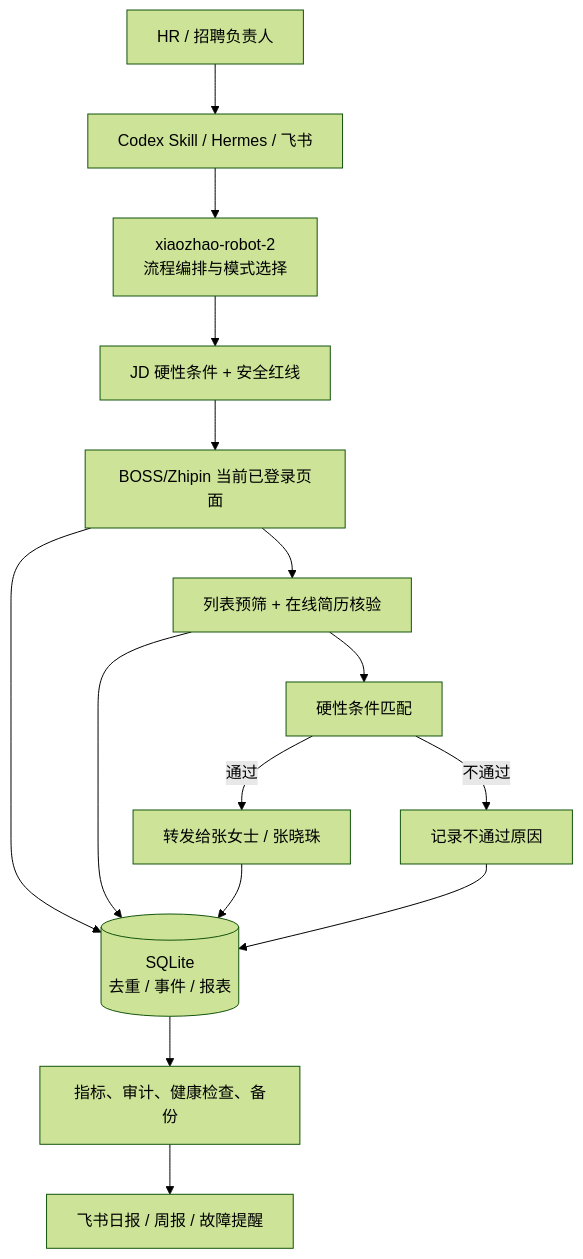
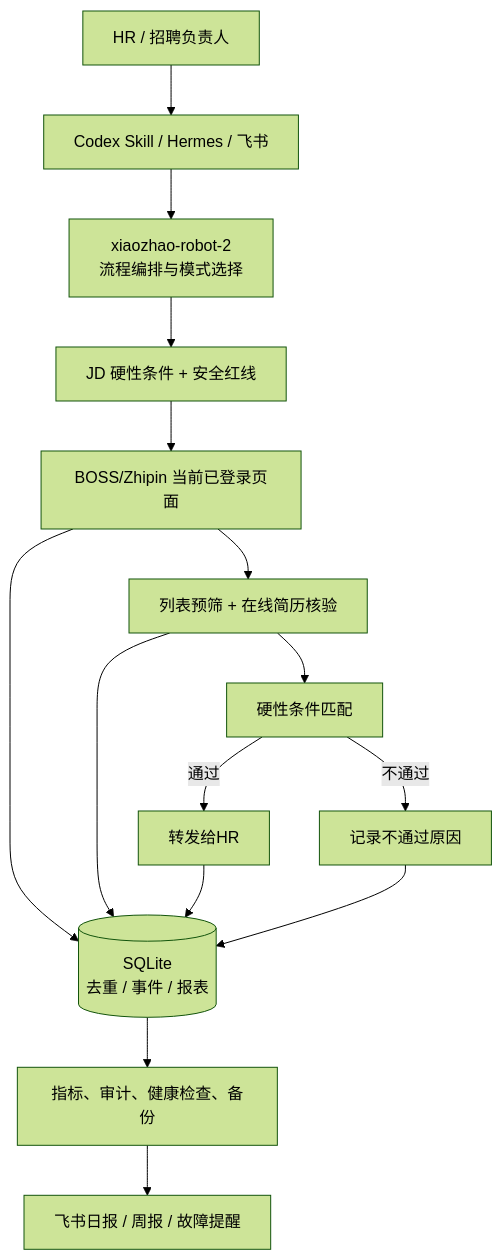
The first of 2 diagrams in README.md (lbql-yhl/zhineng-zhaopin-jiqiren), drawn with Mermaid (forest theme) before and after one commit. The commit also changed other lines of this file and 18 other files, not shown here.

````diff
--- a/README.md
+++ b/README.md
@@ -19,17 +19,17 @@
 ```mermaid
 flowchart TB
     U[HR / 招聘负责人] --> E[Codex Skill / Hermes / 飞书]
     E --> O[xiaozhao-robot-2<br/>流程编排与模式选择]
     O --> G[JD 硬性条件 + 安全红线]
     G --> B[BOSS/Zhipin 当前已登录页面]
     B --> P[列表预筛 + 在线简历核验]
     P --> M[硬性条件匹配]
-    M -->|通过| F[转发给张女士 / 张晓珠]
+    M -->|通过| F[转发给HR]
     M -->|不通过| R[记录不通过原因]
     B --> D[(SQLite<br/>去重 / 事件 / 报表)]
     P --> D
     F --> D
     R --> D
     D --> A[指标、审计、健康检查、备份]
     A --> N[飞书日报 / 周报 / 故障提醒]
 ```
````
